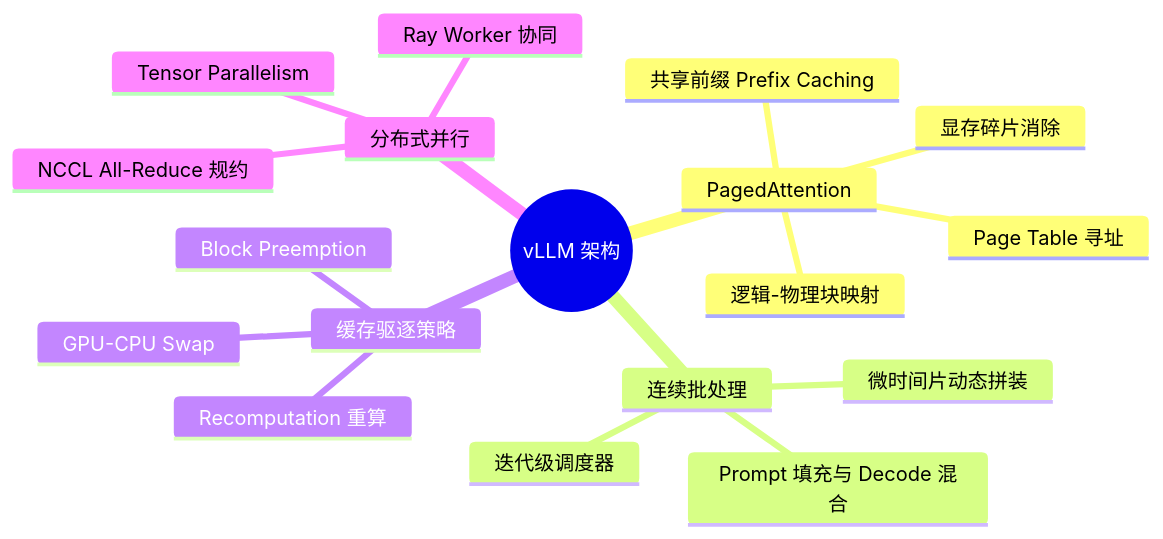
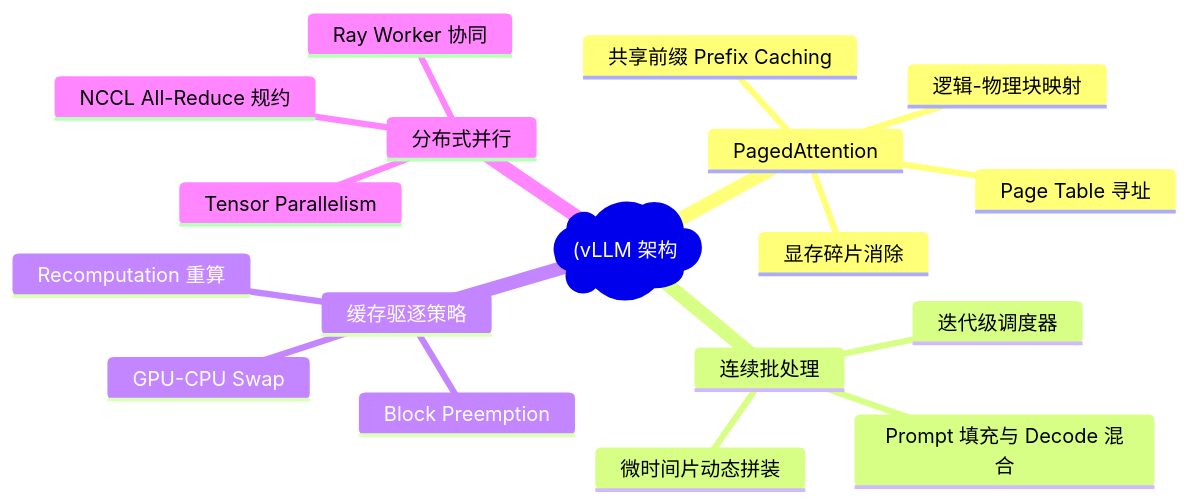
Before and after one commit to koosai/AI-Architect-Learning: the first of 8 diagrams in docs/atlas/vllm.mdx, drawn with Mermaid. The commit also changed other lines of this file and 187 other files, not shown here.

Commit message:
fix(mermaid): fix all unquoted parens and edge label syntax errors across all docs

````diff
--- a/docs/atlas/vllm.mdx
+++ b/docs/atlas/vllm.mdx
@@ -84,21 +84,21 @@
 ```mermaid
 mindmap
-  root((vLLM 架构))
+  root("(vLLM 架构"))
     PagedAttention
       逻辑-物理块映射
       Page Table 寻址
       显存碎片消除
       共享前缀 Prefix Caching
     连续批处理
       迭代级调度器
       Prompt 填充与 Decode 混合
       微时间片动态拼装
     缓存驱逐策略
       Block Preemption
       GPU-CPU Swap
       Recomputation 重算
     分布式并行
       Tensor Parallelism
       Ray Worker 协同
       NCCL All-Reduce 规约
 ```
````
